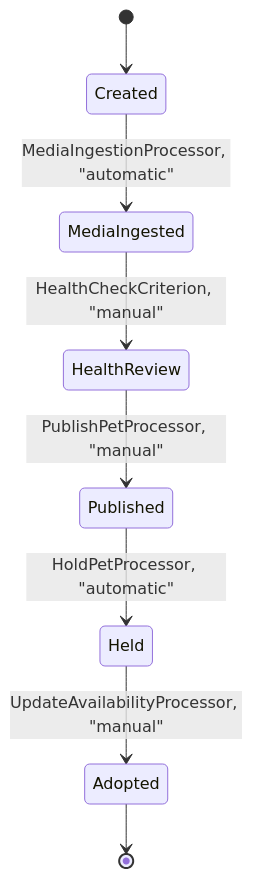
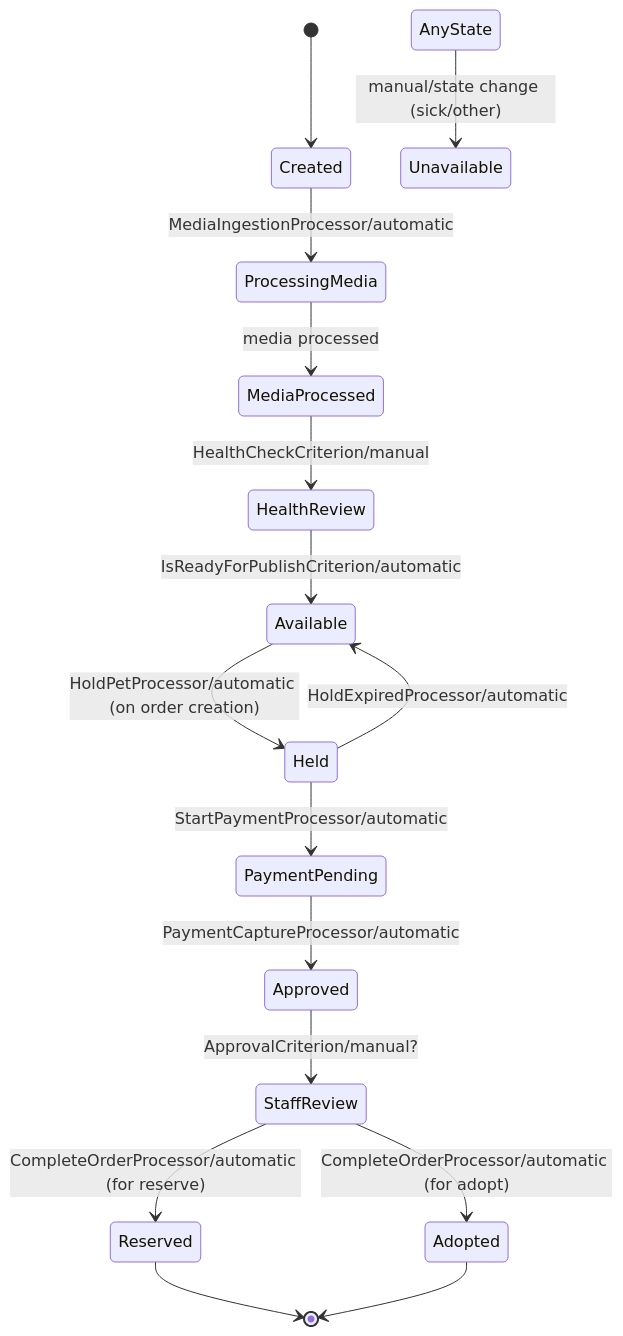
The first of 3 diagrams in src/main/java/com/java_template/prototype/functional_requirement.md (Cyoda-platform/java-client-template), drawn with Mermaid before and after one commit. The commit also changed other lines of this file, not shown here.

````diff
--- a/src/main/java/com/java_template/prototype/functional_requirement.md
+++ b/src/main/java/com/java_template/prototype/functional_requirement.md
@@ -47,10 +98,18 @@
 ```mermaid
 stateDiagram-v2
     [*] --> Created
-    Created --> MediaIngested : MediaIngestionProcessor, "automatic"
-    MediaIngested --> HealthReview : HealthCheckCriterion, "manual"
-    HealthReview --> Published : PublishPetProcessor, "manual"
-    Published --> Held : HoldPetProcessor, "automatic"
-    Held --> Adopted : UpdateAvailabilityProcessor, "manual"
+    Created --> ProcessingMedia : MediaIngestionProcessor/automatic
+    ProcessingMedia --> MediaProcessed : media processed
+    MediaProcessed --> HealthReview : HealthCheckCriterion/manual
+    HealthReview --> Available : IsReadyForPublishCriterion/automatic
+    Available --> Held : HoldPetProcessor/automatic (on order creation)
+    Held --> PaymentPending : StartPaymentProcessor/automatic
+    PaymentPending --> Approved : PaymentCaptureProcessor/automatic
+    Approved --> StaffReview : ApprovalCriterion/manual? 
+    StaffReview --> Reserved : CompleteOrderProcessor/automatic (for reserve)
+    StaffReview --> Adopted : CompleteOrderProcessor/automatic (for adopt)
+    Reserved --> [*]
     Adopted --> [*]
+    Held --> Available : HoldExpiredProcessor/automatic
+    AnyState --> Unavailable : manual/state change (sick/other)
 ```
````
